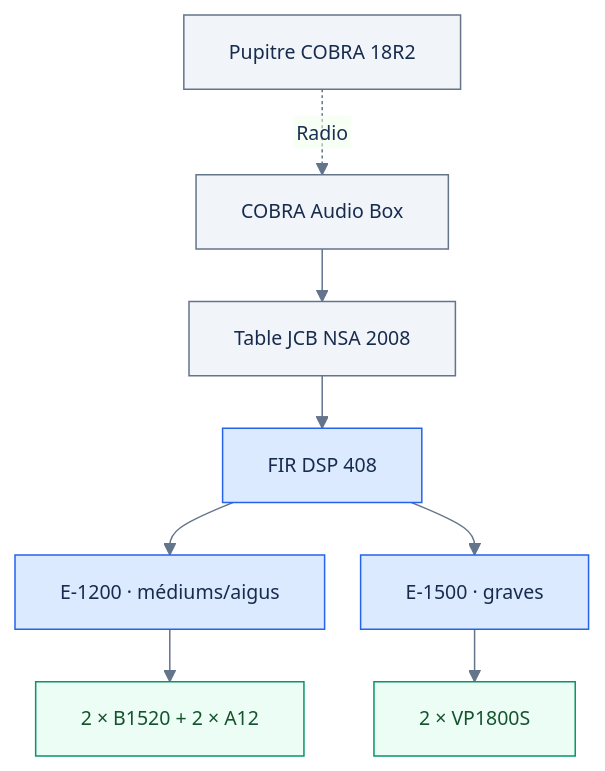
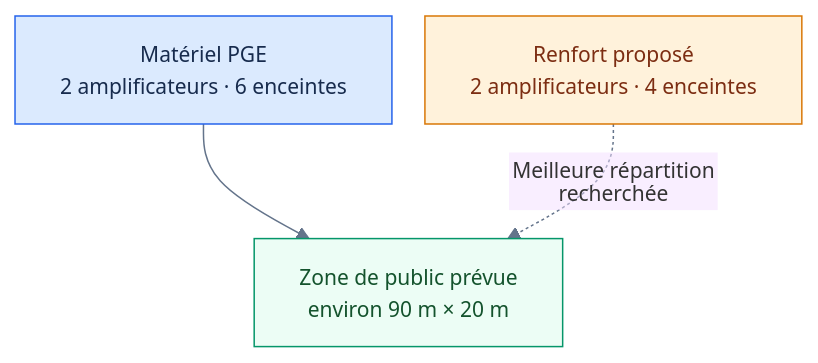
One commit to HAZIT-FR/PGE-SONO changed the diagram in README.md. Above: the diagram before and after it, drawn with Mermaid. The commit also changed other lines of this file, not shown here.

````diff
--- a/README.md
+++ b/README.md
@@ -39,22 +59,15 @@
-```mermaid
-%%{init: {"flowchart": {"nodeSpacing": 24, "rankSpacing": 35, "htmlLabels": false}, "theme": "base", "themeVariables": {"primaryColor": "#eaf2ff", "primaryTextColor": "#183153", "primaryBorderColor": "#4383cd", "lineColor": "#64748b", "fontSize": "13px"}}}%%
+~~~mermaid
+%%{init: {"flowchart": {"nodeSpacing": 22, "rankSpacing": 38, "htmlLabels": false}, "theme": "base", "themeVariables": {"fontSize": "14px", "lineColor": "#64748b"}}}%%
 flowchart TB
-  A["Pupitre COBRA 18R2"]
-  B["COBRA Audio Box"]
-  C["Table JCB NSA 2008"]
-  D["FIR DSP 408"]
-  E["E-1200 · médiums/aigus"]
-  F["E-1500 · graves"]
-  G["2 × B1520 + 2 × A12"]
-  H["2 × VP1800S"]
-  A -. "Radio" .-> B
-  B --> C --> D
-  D --> E --> G
-  D --> F --> H
-  classDef source fill:#f1f5f9,stroke:#64748b,color:#172b4d;
-  classDef processing fill:#dbeafe,stroke:#2563eb,color:#172b4d;
-  classDef output fill:#ecfdf5,stroke:#059669,color:#14532d;
-  class A,B,C source;
-  class D,E,F processing;
-  class G,H output;
-```
+  A["Matériel PGE<br/>2 amplificateurs · 6 enceintes"]
+  B["Zone de public prévue<br/>environ 90 m × 20 m"]
+  C["Renfort proposé<br/>2 amplificateurs · 4 enceintes"]
+  A --> B
+  C -. "Meilleure répartition recherchée" .-> B
+  classDef current fill:#dbeafe,stroke:#2563eb,color:#172b4d;
+  classDef proposed fill:#fff2db,stroke:#d97706,color:#7c2d12;
+  classDef audience fill:#ecfdf5,stroke:#059669,color:#14532d;
+  class A current;
+  class B audience;
+  class C proposed;
+~~~
````
